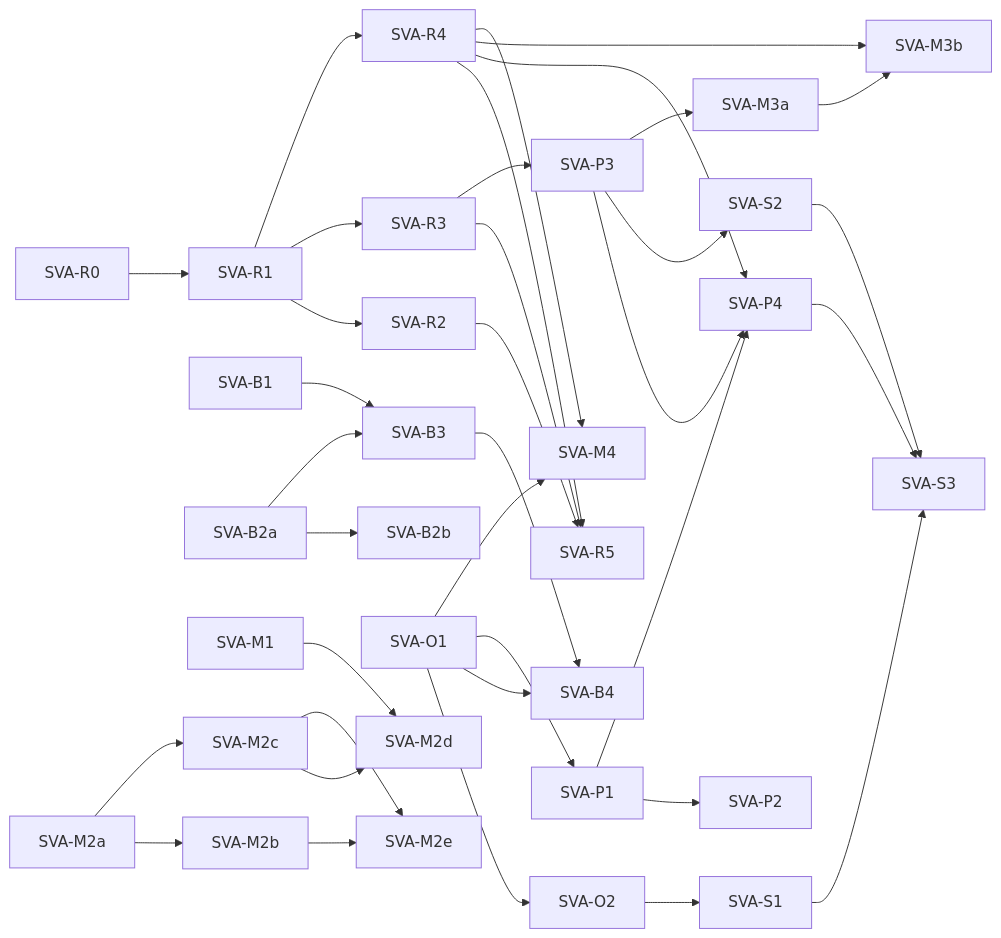
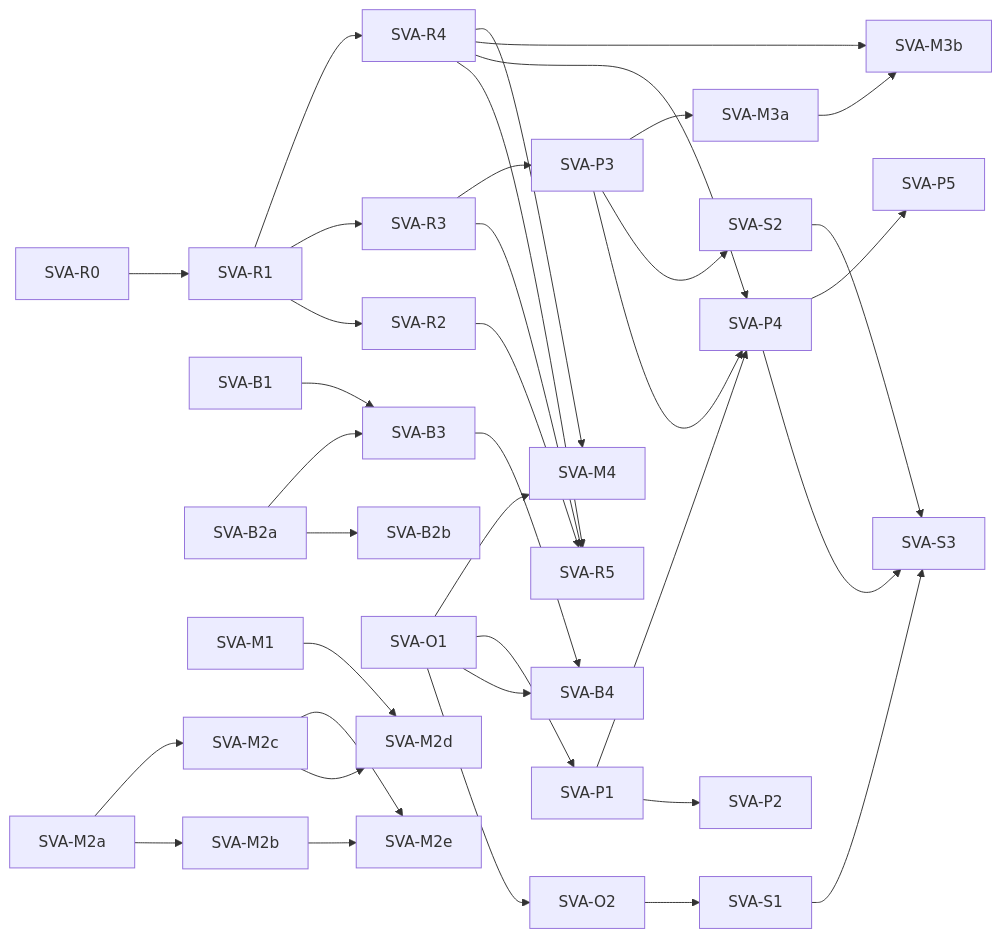
Before and after one commit to nebularis/lattice: the diagram in docs/developer/plans/studio-visual-authoring.md, drawn with Mermaid. The commit also changed other lines of this file and 4 other files, not shown here.

````diff
--- a/docs/developer/plans/studio-visual-authoring.md
+++ b/docs/developer/plans/studio-visual-authoring.md
@@ -114,38 +115,39 @@
 ```mermaid
 flowchart LR
     R0["SVA-R0"] --> R1["SVA-R1"]
     R1 --> R2["SVA-R2"]
     R1 --> R3["SVA-R3"]
     R1 --> R4["SVA-R4"]
     R2 --> R5["SVA-R5"]
     R3 --> R5
     R4 --> R5
     B1["SVA-B1"] --> B3["SVA-B3"]
     B2a["SVA-B2a"] --> B2b["SVA-B2b"]
     B2a --> B3
     B3 --> B4["SVA-B4"]
     O1["SVA-O1"] --> O2["SVA-O2"]
     O1 --> B4
     O1 --> P1["SVA-P1"]
     O1 --> M4["SVA-M4"]
     O2 --> S1["SVA-S1"]
     P1 --> P2["SVA-P2"]
     R3 --> P3["SVA-P3"]
     P3 --> P4["SVA-P4"]
     P1 --> P4
     R4 --> P4
     P3 --> S2["SVA-S2"]
     S1 --> S3["SVA-S3"]
     S2 --> S3
     P4 --> S3
+    P4 --> P5["SVA-P5"]
     M1["SVA-M1"] --> M2d["SVA-M2d"]
     M2a["SVA-M2a"] --> M2b["SVA-M2b"]
     M2a --> M2c["SVA-M2c"]
     M2c --> M2d
     M2b --> M2e["SVA-M2e"]
     M2c --> M2e
     P3 --> M3a["SVA-M3a"]
     M3a --> M3b["SVA-M3b"]
     R4 --> M3b
     R4 --> M4
 ```
````
